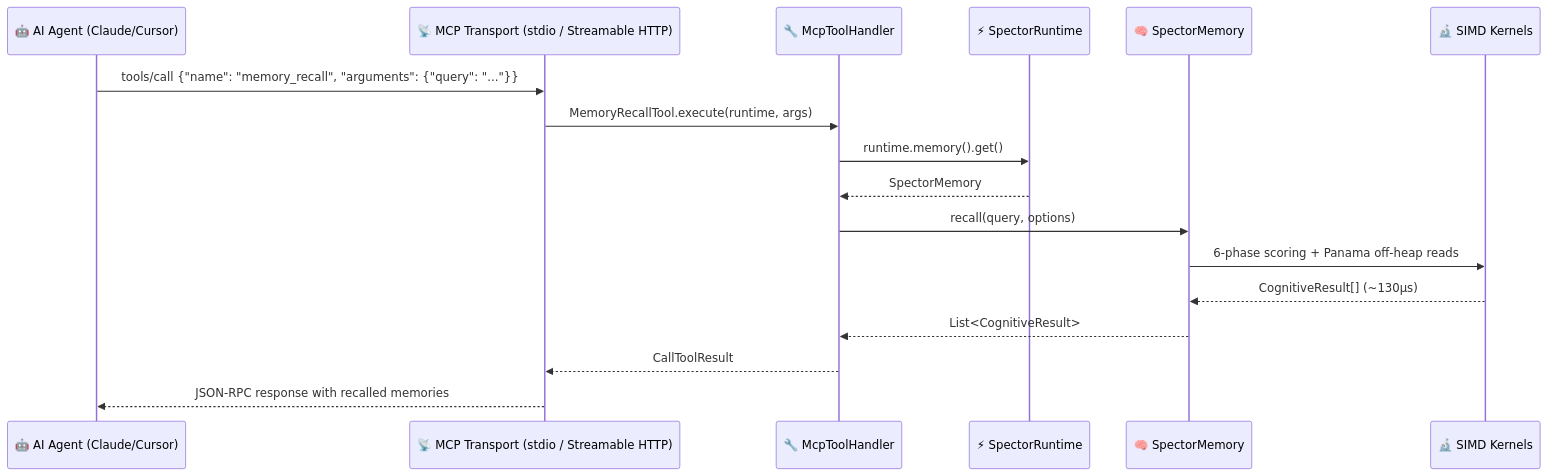
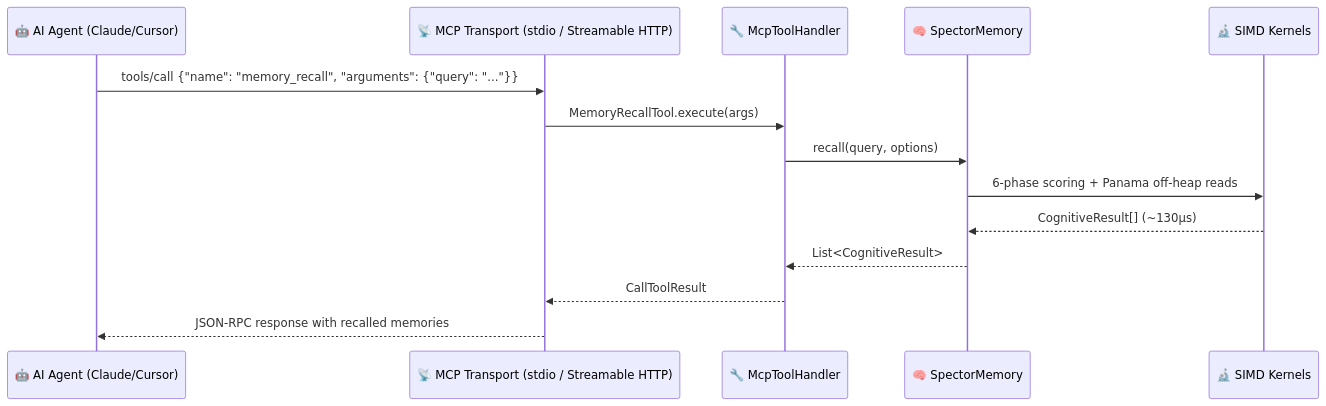
The tenth of 12 diagrams in docs/docs/architecture/overview.md (spectrayan/spector), drawn with Mermaid before and after one commit. The commit also changed other lines of this file and 125 other files, not shown here.

First line of the commit message:
refactor(synapse): consolidate mcp and cli into spectorctl, decommission runtime dist and client (#658)

````diff
--- a/docs/docs/architecture/overview.md
+++ b/docs/docs/architecture/overview.md
@@ -457,20 +441,17 @@
 ```mermaid
 sequenceDiagram
     participant Agent as 🤖 AI Agent (Claude/Cursor)
     participant MCP as 📡 MCP Transport (stdio / Streamable HTTP)
     participant Handler as 🔧 McpToolHandler
-    participant Runtime as ⚡ SpectorRuntime
     participant Memory as 🧠 SpectorMemory
     participant SIMD as 🔬 SIMD Kernels
 
     Agent->>MCP: tools/call {"name": "memory_recall", "arguments": {"query": "..."}}
-    MCP->>Handler: MemoryRecallTool.execute(runtime, args)
-    Handler->>Runtime: runtime.memory().get()
-    Runtime-->>Handler: SpectorMemory
+    MCP->>Handler: MemoryRecallTool.execute(args)
     Handler->>Memory: recall(query, options)
     Memory->>SIMD: 6-phase scoring + Panama off-heap reads
     SIMD-->>Memory: CognitiveResult[] (~130µs)
     Memory-->>Handler: List<CognitiveResult>
     Handler-->>MCP: CallToolResult
     MCP-->>Agent: JSON-RPC response with recalled memories
 ```
````
